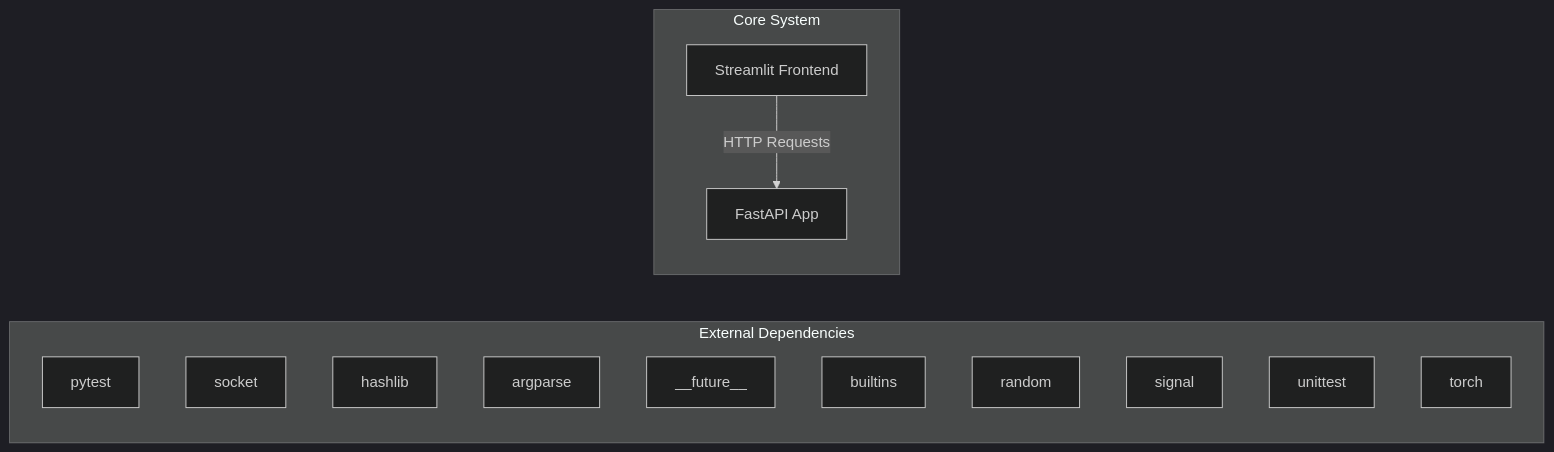
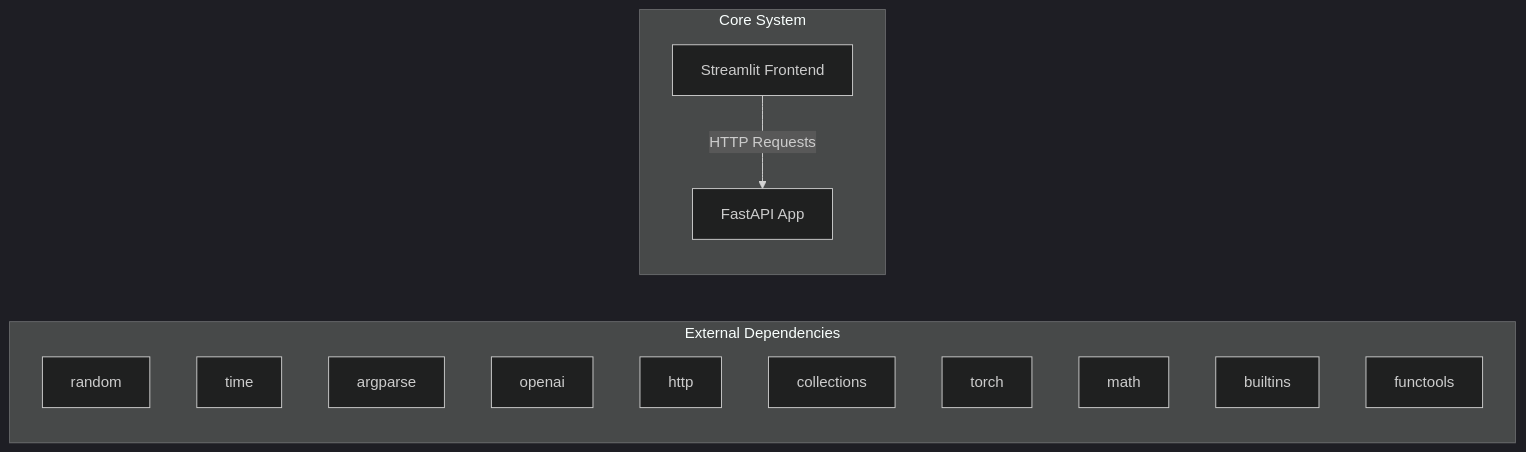
Before and after one commit to NITISH-R-G/rag-context-optimizer: the first of 2 diagrams in docs/architecture.md, drawn with Mermaid (dark theme). The commit also changed 1 other file, not shown here.

Commit message:
docs: auto-update repository knowledge, architecture diagrams, and documentation

````diff
--- a/docs/architecture.md
+++ b/docs/architecture.md
@@ -7,20 +7,20 @@
 ```mermaid
 graph LR
     subgraph External Dependencies
-        E0["pytest"]
-        E1["socket"]
-        E2["hashlib"]
-        E3["argparse"]
-        E4["__future__"]
-        E5["builtins"]
-        E6["random"]
-        E7["signal"]
-        E8["unittest"]
-        E9["torch"]
+        E0["random"]
+        E1["time"]
+        E2["argparse"]
+        E3["openai"]
+        E4["http"]
+        E5["collections"]
+        E6["torch"]
+        E7["math"]
+        E8["builtins"]
+        E9["functools"]
     end
     subgraph Core System
         API["FastAPI App"]
         UI["Streamlit Frontend"]
     end
     UI -->|HTTP Requests| API
 ```
````
